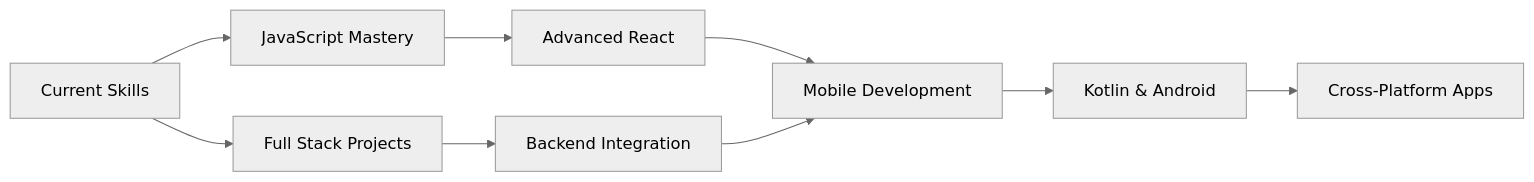
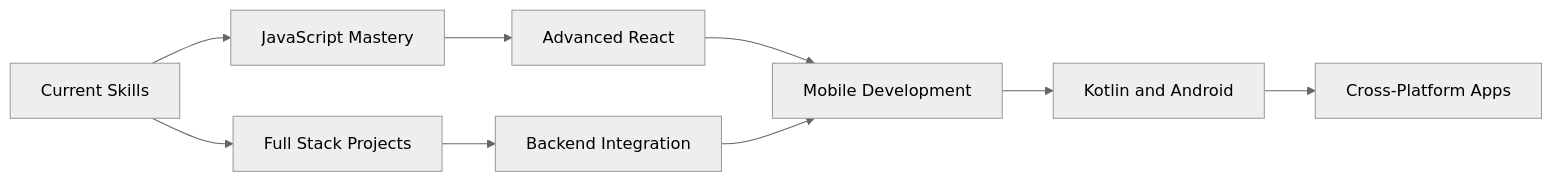
One commit to RuhlMirko/RuhlMirko changed the diagram in README.md. Above: the diagram before and after it, drawn with Mermaid (neutral theme). The commit also changed other lines of this file, not shown here.

````diff
--- a/README.md
+++ b/README.md
@@ -113,11 +101,11 @@
 ```mermaid
 graph LR
     A[Current Skills] --> B[JavaScript Mastery]
     A --> C[Full Stack Projects]
     B --> D[Advanced React]
     C --> E[Backend Integration]
     D --> F[Mobile Development]
     E --> F
-    F --> G[Kotlin & Android]
+    F --> G[Kotlin and Android]
     G --> H[Cross-Platform Apps]
 ```
````
